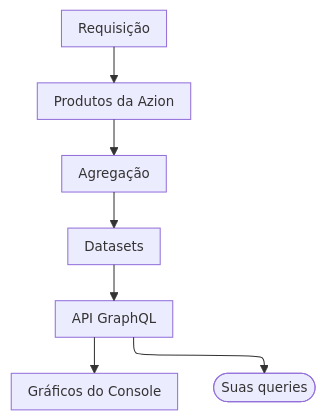
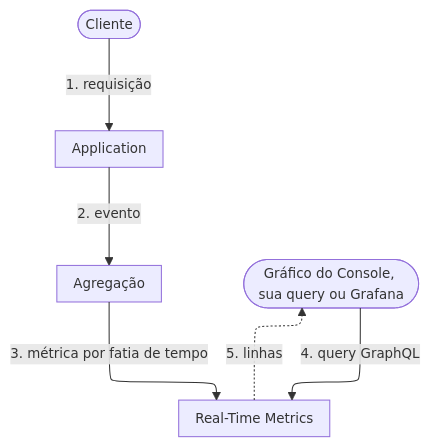
One commit to aziontech/docs changed the diagram in apps/docs/src/content/docs/pt-br/pages/menu-principal/referencia/observe/real-time-metrics/real-time-metrics.mdx. Above: the diagram before and after it, drawn with Mermaid. The commit also changed other lines of this file and 9 other files, not shown here.

Commit message:
fix(real-time-metrics): verify the Overview, Quickstart, How it works, and Limits against the product (#2705)

````diff
--- a/apps/docs/src/content/docs/pt-br/pages/menu-principal/referencia/observe/real-time-metrics/real-time-metrics.mdx
+++ b/apps/docs/src/content/docs/pt-br/pages/menu-principal/referencia/observe/real-time-metrics/real-time-metrics.mdx
@@ -66,10 +33,14 @@
 ```mermaid
-%%{init: {"layout": "elk", "themeVariables": {"fontSize": "13px"}, "flowchart": {"nodeSpacing": 24, "rankSpacing": 36, "padding": 8, "wrappingWidth": 150, "useMaxWidth": true}, "sequence": {"width": 120, "actorMargin": 30, "useMaxWidth": true}}}%%
+%%{init: {"layout": "elk", "elk": {"cycleBreakingStrategy": "MODEL_ORDER"}, "themeVariables": {"fontSize": "13px"}, "flowchart": {"nodeSpacing": 24, "rankSpacing": 36, "padding": 8, "wrappingWidth": 150, "useMaxWidth": true}, "sequence": {"width": 120, "actorMargin": 30, "useMaxWidth": true}}}%%
 flowchart TD
-  Req["Requisição"] --> P["Produtos da Azion"]
-  P --> Agg["Agregação"]
-  Agg --> DS["Datasets"]
-  DS --> API["API GraphQL"]
-  API --> Con["Gráficos do Console"]
-  API --> Q(["Suas queries"])
+  Client(["Cliente"])
+  App["Application"]
+  Agg["Agregação"]
+  RTM["Real-Time Metrics"]
+  Reader(["Gráfico do Console, sua query ou Grafana"])
+  Client -->|"1. requisição"| App
+  App -->|"2. evento"| Agg
+  Agg -->|"3. métrica por fatia de tempo"| RTM
+  Reader -->|"4. query GraphQL"| RTM
+  RTM -.->|"5. linhas"| Reader
 ```
````
